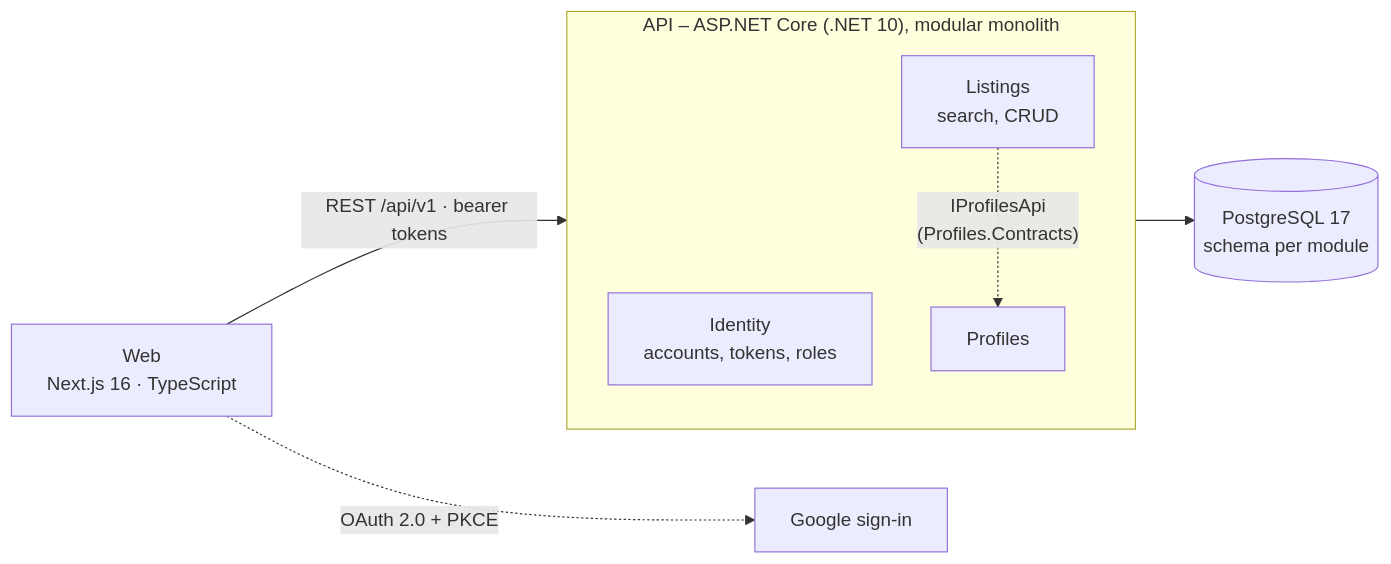
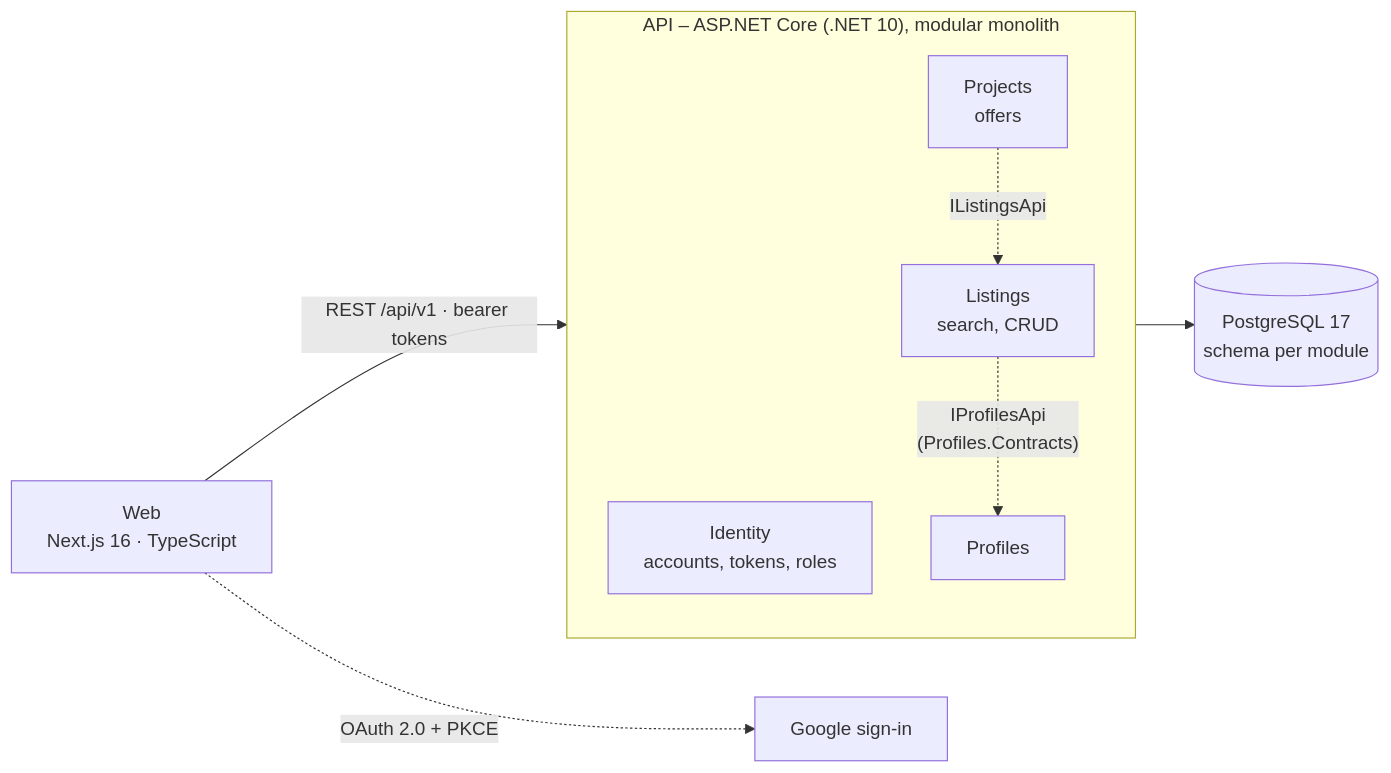
The diagram in README.md (Petus19/Vybavim_to), drawn with Mermaid before and after one commit. The commit also changed other lines of this file and 36 other files, not shown here.

````diff
--- a/README.md
+++ b/README.md
@@ -38,12 +38,14 @@
 ```mermaid
 flowchart LR
     web["Web<br/>Next.js 16 · TypeScript"] -->|"REST /api/v1 · bearer tokens"| api
     subgraph api["API – ASP.NET Core (.NET 10), modular monolith"]
         identity["Identity<br/>accounts, tokens, roles"]
         profiles["Profiles"]
+        projects["Projects<br/>offers"]
         listings["Listings<br/>search, CRUD"]
         listings -. "IProfilesApi<br/>(Profiles.Contracts)" .-> profiles
+        projects -. "IListingsApi" .-> listings
     end
     api --> db[("PostgreSQL 17<br/>schema per module")]
     web -. "OAuth 2.0 + PKCE" .-> google["Google sign-in"]
 ```
````
